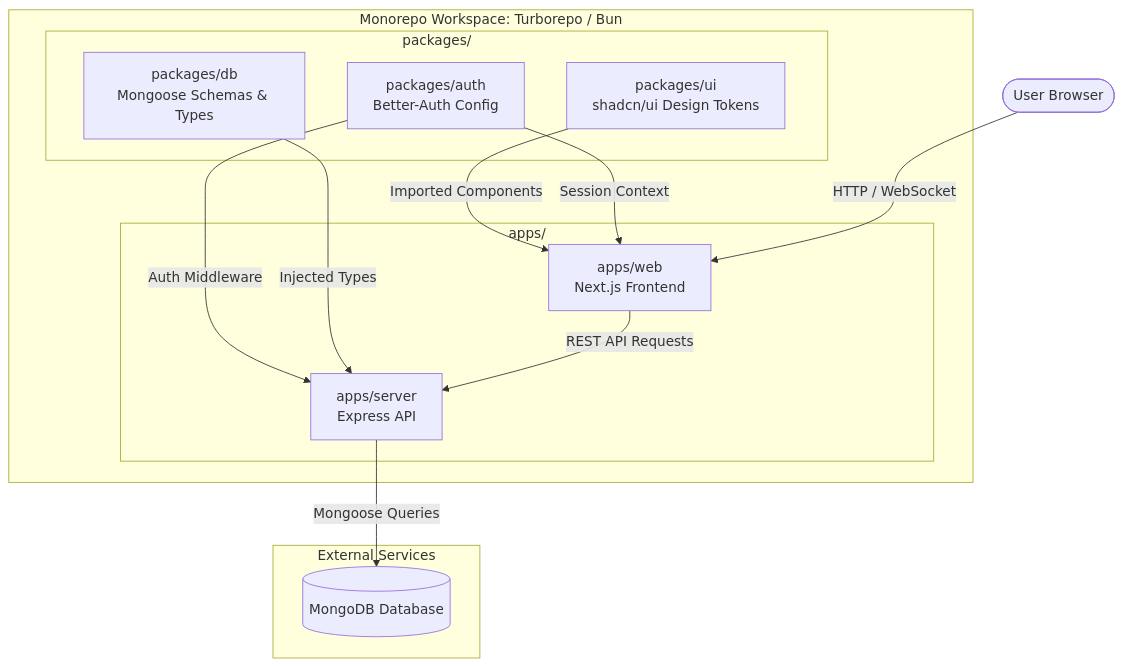
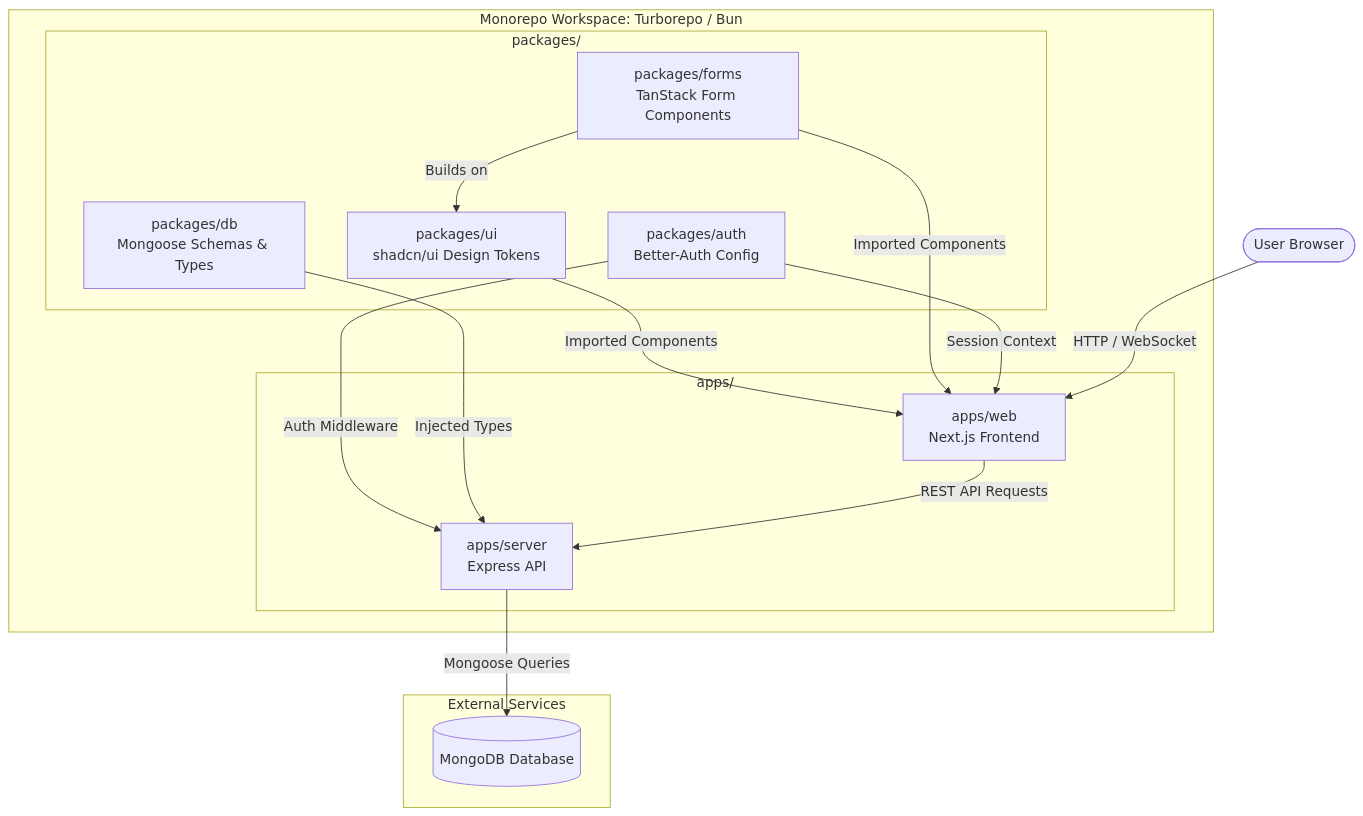
Before and after one commit to skipzero/chat-app: the diagram in README.md, drawn with Mermaid. The commit also changed other lines of this file, not shown here.

Commit message:
read me updated to reflect changes with diagram/packages directory

````diff
--- a/README.md
+++ b/README.md
@@ -94,30 +92,33 @@
 ```mermaid
 graph TD
     subgraph Repo Root [Monorepo Workspace: Turborepo / Bun]
         subgraph Applications [apps/]
             WEB[apps/web<br>Next.js Frontend]
             SRV[apps/server<br>Express API]
         end
 
         subgraph Shared Packages [packages/]
             UI[packages/ui<br>shadcn/ui Design Tokens]
+            FORMS[packages/forms<br>TanStack Form Components]
             AUTH[packages/auth<br>Better-Auth Config]
             DB[packages/db<br>Mongoose Schemas & Types]
         end
     end
 
     subgraph Infrastructure [External Services]
         MONGO[(MongoDB Database)]
     end
 
     %% Code / Type Dependencies
     UI -->|Imported Components| WEB
+    FORMS -->|Imported Components| WEB
+    FORMS -->|Builds on| UI
     AUTH -->|Session Context| WEB
     AUTH -->|Auth Middleware| SRV
     DB -->|Injected Types| SRV
 
     %% Network Traffic
     Client([User Browser]) -->|HTTP / WebSocket| WEB
     WEB -->|REST API Requests| SRV
     SRV -->|Mongoose Queries| MONGO
 ```
````
